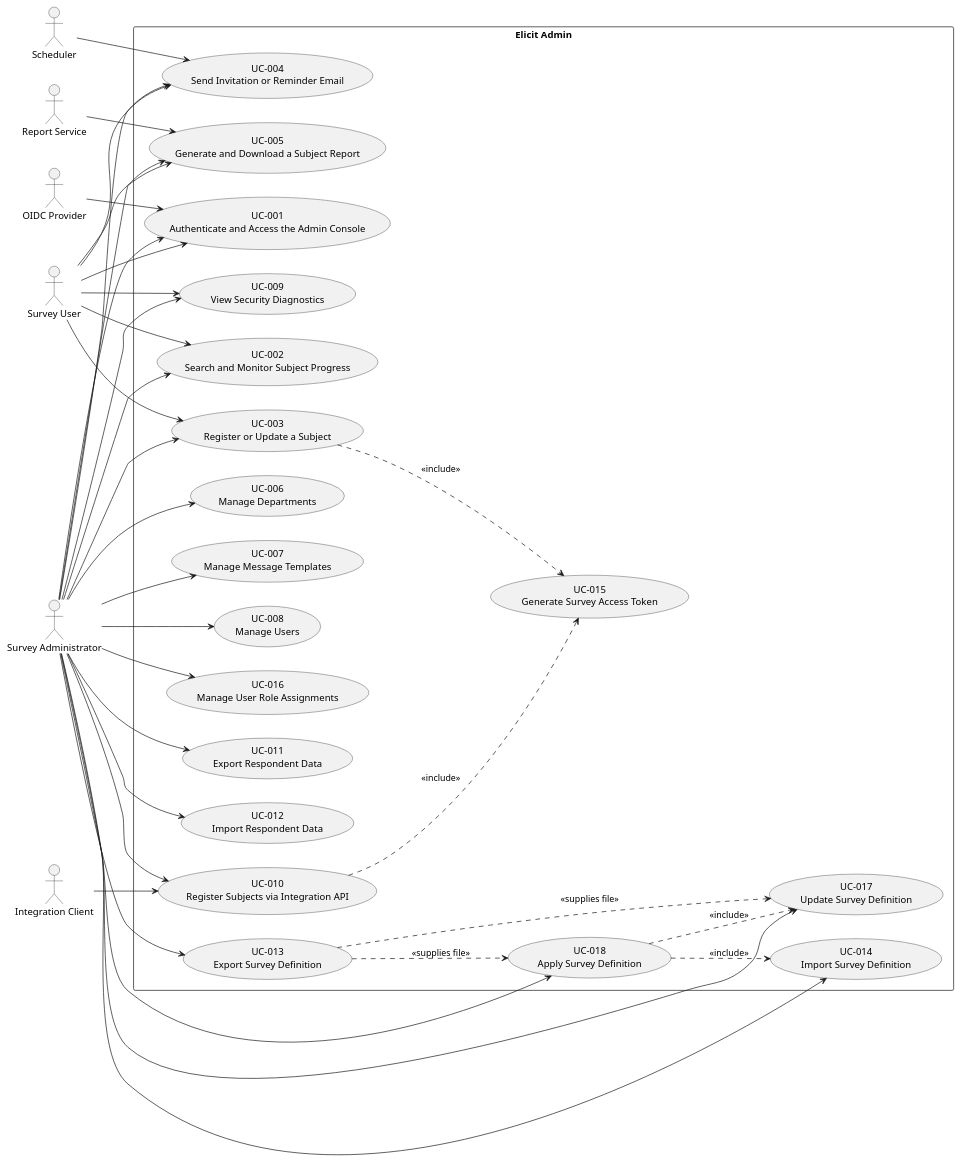
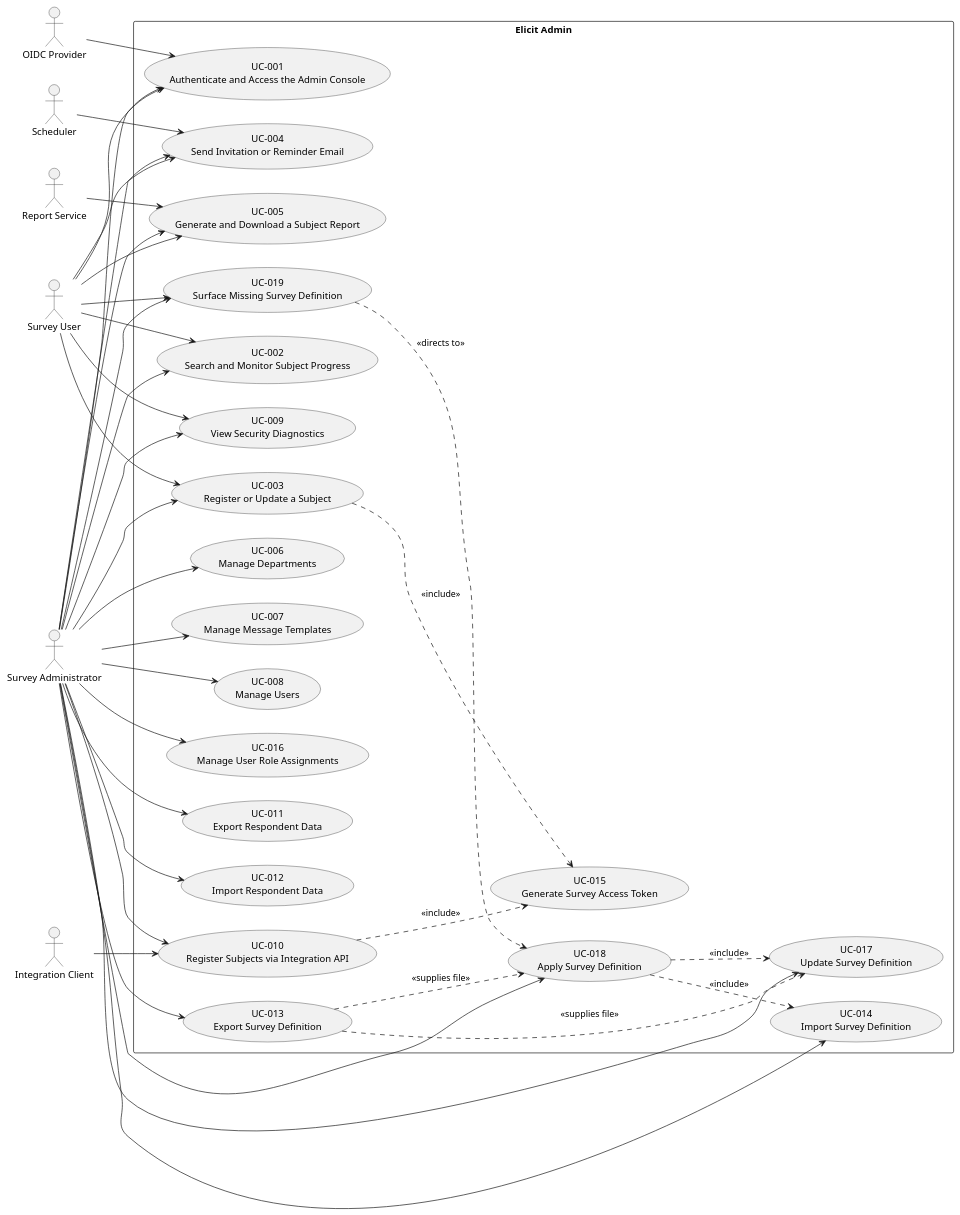
Before and after one commit to ElicitSoftware/Admin: the diagram in docs/use_cases.puml, drawn with PlantUML. The commit also changed 9 other files, not shown here.

```diff
--- a/docs/use_cases.puml
+++ b/docs/use_cases.puml
@@ -1,82 +1,86 @@
 @startuml Use Cases Overview
 left to right direction
 
 actor "Survey User" as user
 actor "Survey Administrator" as admin
 actor "Integration Client" as importer
 actor "OIDC Provider" as oidc
 actor "Scheduler" as scheduler
 actor "Report Service" as reportsvc
 
 rectangle "Elicit Admin" {
     ' --- Interactive console (user + admin) ---
     usecase "UC-001\nAuthenticate and Access the Admin Console" as UC001
     usecase "UC-002\nSearch and Monitor Subject Progress" as UC002
     usecase "UC-003\nRegister or Update a Subject" as UC003
     usecase "UC-004\nSend Invitation or Reminder Email" as UC004
     usecase "UC-005\nGenerate and Download a Subject Report" as UC005
     usecase "UC-009\nView Security Diagnostics" as UC009
 
     ' --- Administration (admin only) ---
     usecase "UC-006\nManage Departments" as UC006
     usecase "UC-007\nManage Message Templates" as UC007
     usecase "UC-008\nManage Users" as UC008
     usecase "UC-016\nManage User Role Assignments" as UC016
 
     ' --- Integration and data lifecycle ---
     usecase "UC-010\nRegister Subjects via Integration API" as UC010
     usecase "UC-011\nExport Respondent Data" as UC011
     usecase "UC-012\nImport Respondent Data" as UC012
     usecase "UC-013\nExport Survey Definition" as UC013
     usecase "UC-014\nImport Survey Definition" as UC014
     usecase "UC-017\nUpdate Survey Definition" as UC017
     usecase "UC-018\nApply Survey Definition" as UC018
+    usecase "UC-019\nSurface Missing Survey Definition" as UC019
 
     ' --- Shared subflow ---
     usecase "UC-015\nGenerate Survey Access Token" as UC015
 }
 
 ' Survey User
 user --> UC001
 user --> UC002
 user --> UC003
 user --> UC004
 user --> UC005
 user --> UC009
+user --> UC019
 
 ' Administrator (inherits user goals plus administration and data lifecycle)
 admin --> UC001
 admin --> UC002
 admin --> UC003
 admin --> UC004
 admin --> UC005
 admin --> UC006
 admin --> UC007
 admin --> UC008
 admin --> UC016
 admin --> UC009
 admin --> UC010
 admin --> UC011
 admin --> UC012
 admin --> UC013
 admin --> UC014
 admin --> UC017
 admin --> UC018
+admin --> UC019
 
 ' Integration Client
 importer --> UC010
 
 ' External systems
 oidc --> UC001
 scheduler --> UC004
 reportsvc --> UC005
 
 ' Shared subflows
 UC003 ..> UC015 : <<include>>
 UC010 ..> UC015 : <<include>>
 UC013 ..> UC017 : <<supplies file>>
 UC013 ..> UC018 : <<supplies file>>
 UC018 ..> UC014 : <<include>>
 UC018 ..> UC017 : <<include>>
+UC019 ..> UC018 : <<directs to>>
 
 @enduml
```
